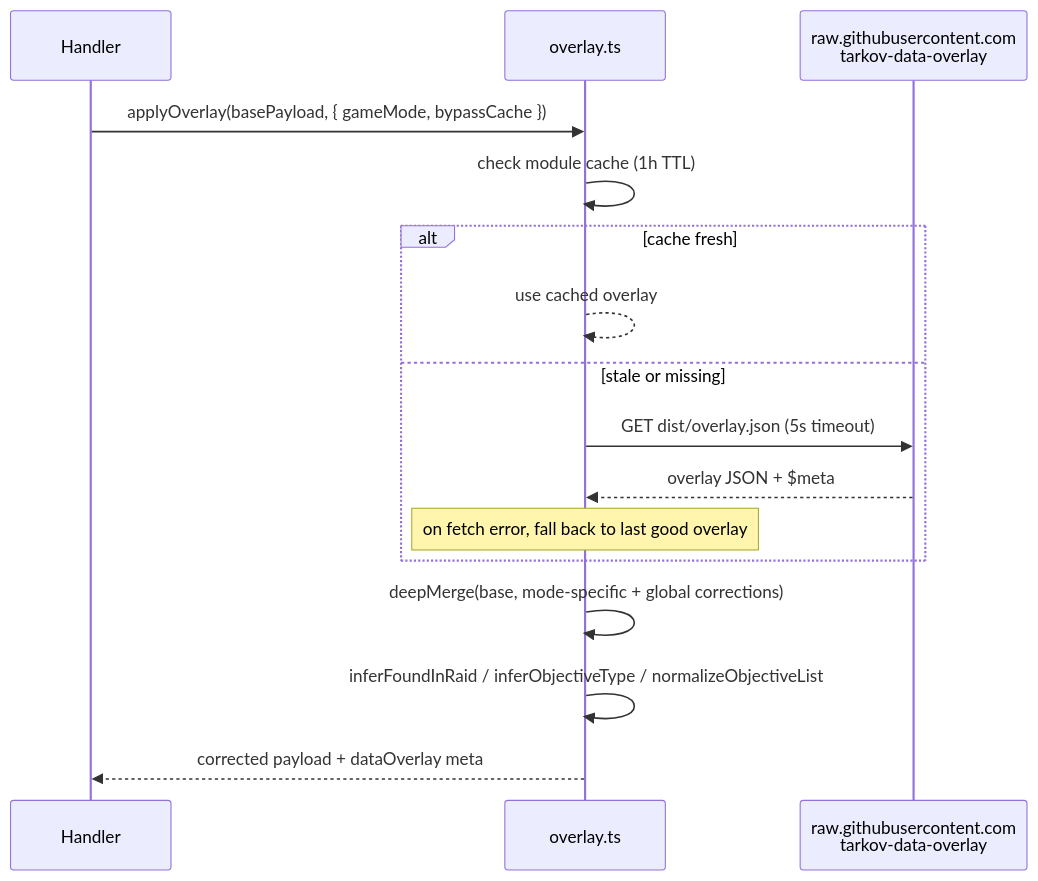
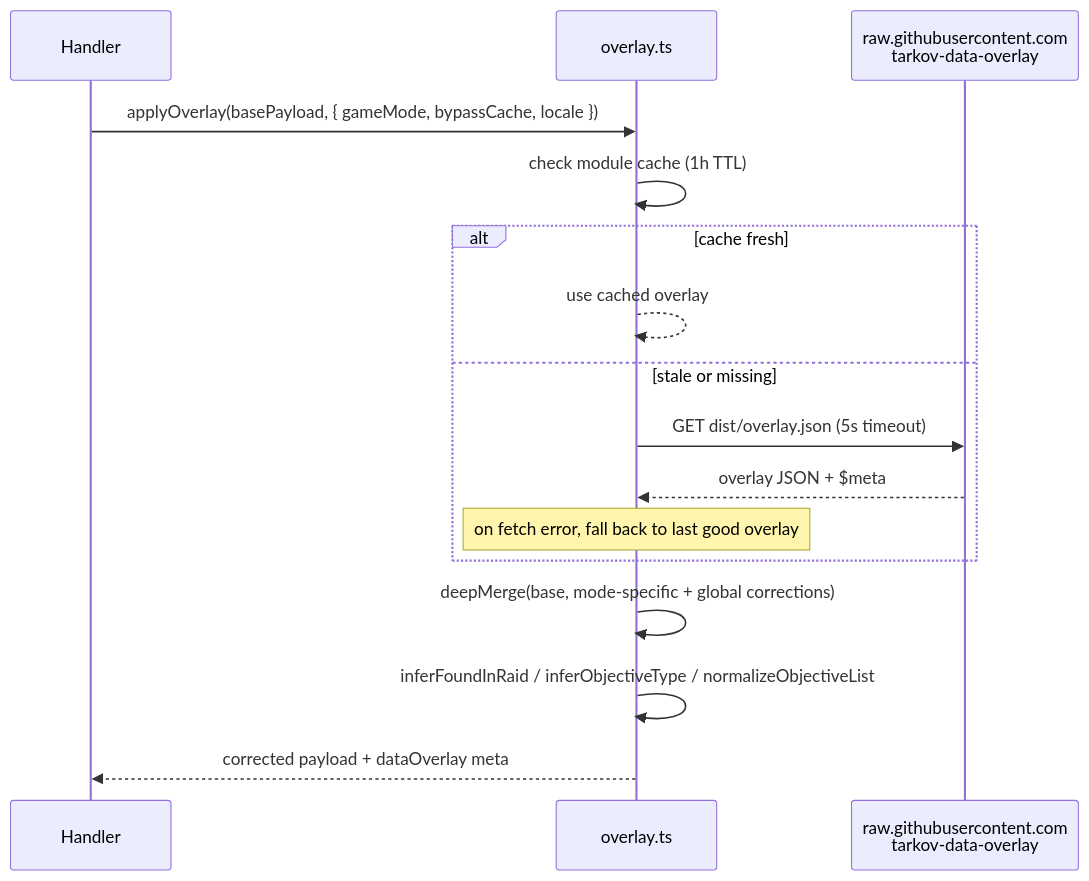
The fourth of 8 diagrams in docs/SYSTEMS.md (tarkovtracker-org/TarkovTracker), drawn with Mermaid before and after one commit. The commit also changed other lines of this file and 1 other file, not shown here.

Commit message:
docs(api): document locale overlay contract and trim unused fields

````diff
--- a/docs/SYSTEMS.md
+++ b/docs/SYSTEMS.md
@@ -307,18 +307,18 @@
 ```mermaid
 sequenceDiagram
     participant Handler
     participant Overlay as overlay.ts
     participant GitHub as raw.githubusercontent.com<br/>tarkov-data-overlay
-    Handler->>Overlay: applyOverlay(basePayload, { gameMode, bypassCache })
+    Handler->>Overlay: applyOverlay(basePayload, { gameMode, bypassCache, locale })
     Overlay->>Overlay: check module cache (1h TTL)
     alt cache fresh
         Overlay-->>Overlay: use cached overlay
     else stale or missing
         Overlay->>GitHub: GET dist/overlay.json (5s timeout)
         GitHub-->>Overlay: overlay JSON + $meta
         Note over Overlay: on fetch error, fall back to last good overlay
     end
     Overlay->>Overlay: deepMerge(base, mode-specific + global corrections)
     Overlay->>Overlay: inferFoundInRaid / inferObjectiveType / normalizeObjectiveList
     Overlay-->>Handler: corrected payload + dataOverlay meta
 ```
````
